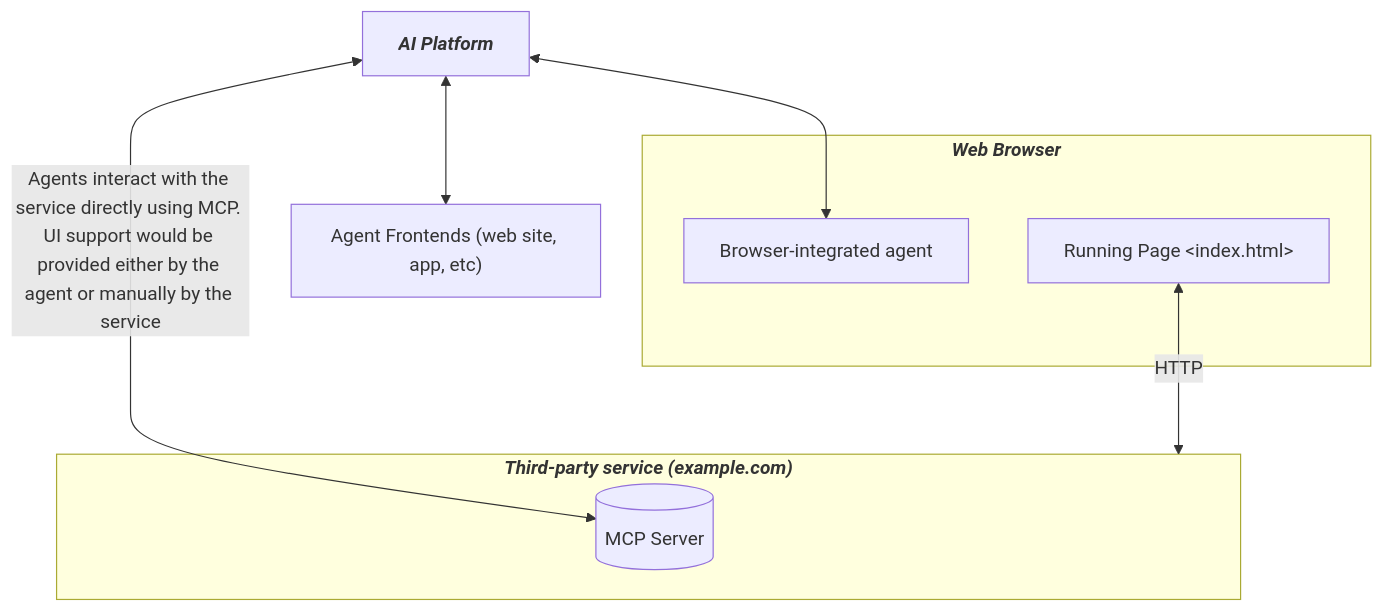
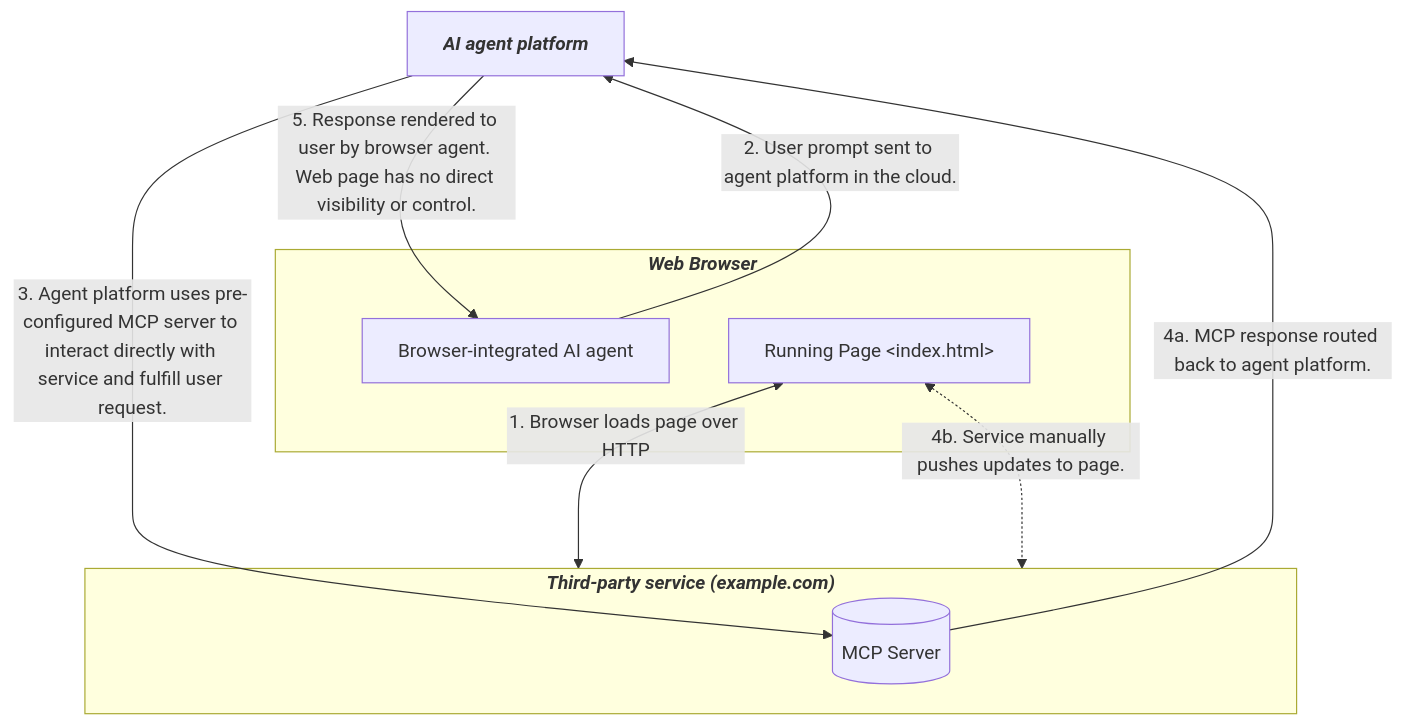
Before and after one commit to webmachinelearning/webmcp: the second of 2 diagrams in README.md, drawn with Mermaid. The commit also changed other lines of this file, not shown here.

Commit message:
Clarfiy diagram flow.

````diff
--- a/README.md
+++ b/README.md
@@ -48,19 +48,20 @@
 ```mermaid
 graph TD
-    AI["<b><i>AI Platform</i></b>"]
-    AF["Agent Frontends (web site, app, etc)"]
+    AI["<b><i>AI agent platform</i></b>"]
 
     subgraph WB["<b><i>Web Browser</i></b>"]
-        BIA["Browser-integrated agent"]
+        BIA["Browser-integrated AI agent"]
         RP["Running Page &lt;index.html&gt;"]
     end
 
     subgraph TP["<b><i>Third-party service (example.com)</i></b>"]
         MCP[("MCP Server")]
     end
 
-    AI <--> AF
-    AI <--> BIA
-    AI <-->|"Agents interact with the service directly using MCP. UI support would be provided either by the agent or manually by the service"| MCP
-    RP <-->|HTTP| TP
+    RP <-->|1. Browser loads page over HTTP| TP
+    BIA -->|2. User prompt sent to agent platform in the cloud.| AI
+    AI -->|"3. Agent platform uses pre-configured MCP server to interact directly with service and fulfill user request."| MCP
+    MCP -->|4a. MCP response routed back to agent platform.| AI
+    AI -->|5. Response rendered to user by browser agent. Web page has no direct visibility or control.| BIA
+    RP <-.->|4b. Service manually pushes updates to page.| TP
 ```
````
